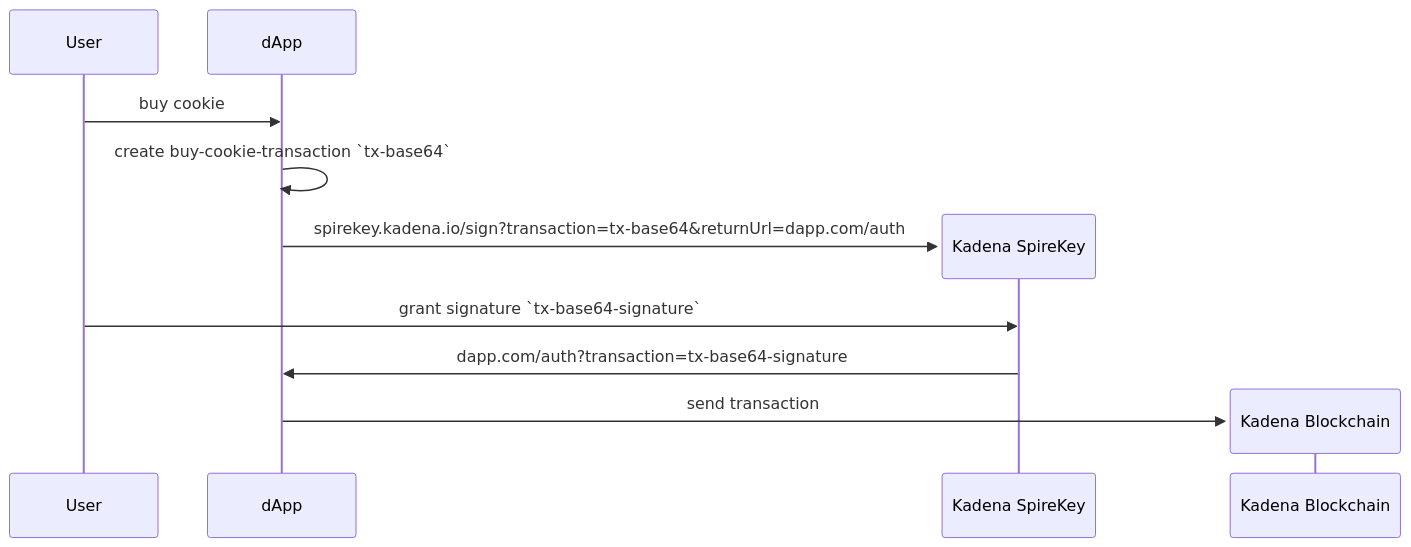
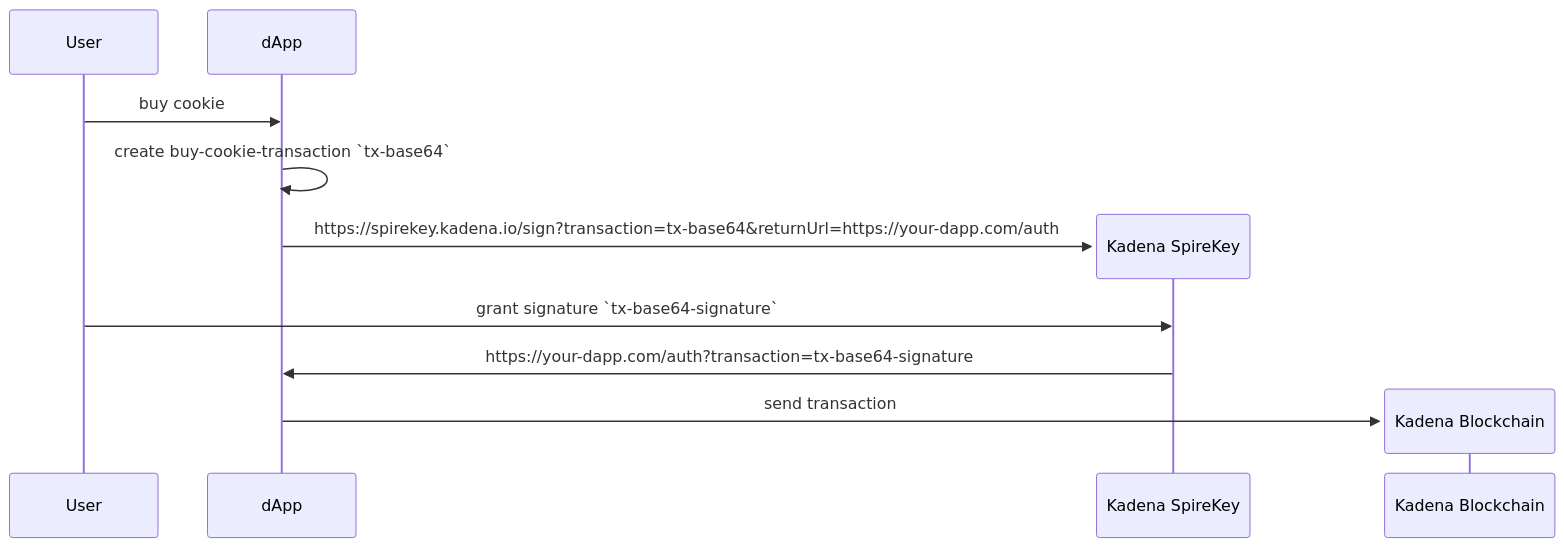
The third of 3 diagrams in packages/apps/docs/src/docs/kadena/wallets/kadena-spirekey/index.md (kadena-community/kadena.js), drawn with Mermaid before and after one commit. The commit also changed other lines of this file, not shown here.

Commit message:
docs(spirekey): improve docs based on PR comments

````diff
--- a/packages/apps/docs/src/docs/kadena/wallets/kadena-spirekey/index.md
+++ b/packages/apps/docs/src/docs/kadena/wallets/kadena-spirekey/index.md
@@ -130,13 +168,13 @@
 ```mermaid
 sequenceDiagram
   participant u as User
   participant d as dApp
     u->>d: buy cookie
     d->>d: create buy-cookie-transaction `tx-base64`
   create participant s as Kadena SpireKey
-    d->>s: spirekey.kadena.io/sign?transaction=tx-base64&returnUrl=dapp.com/auth
+    d->>s: https://spirekey.kadena.io/sign?transaction=tx-base64&returnUrl=https://your-dapp.com/auth
     u->>s: grant signature `tx-base64-signature`
-    s->>d: dapp.com/auth?transaction=tx-base64-signature
+    s->>d: https://your-dapp.com/auth?transaction=tx-base64-signature
   create participant k as Kadena Blockchain
     d->>k: send transaction
 ```
````
